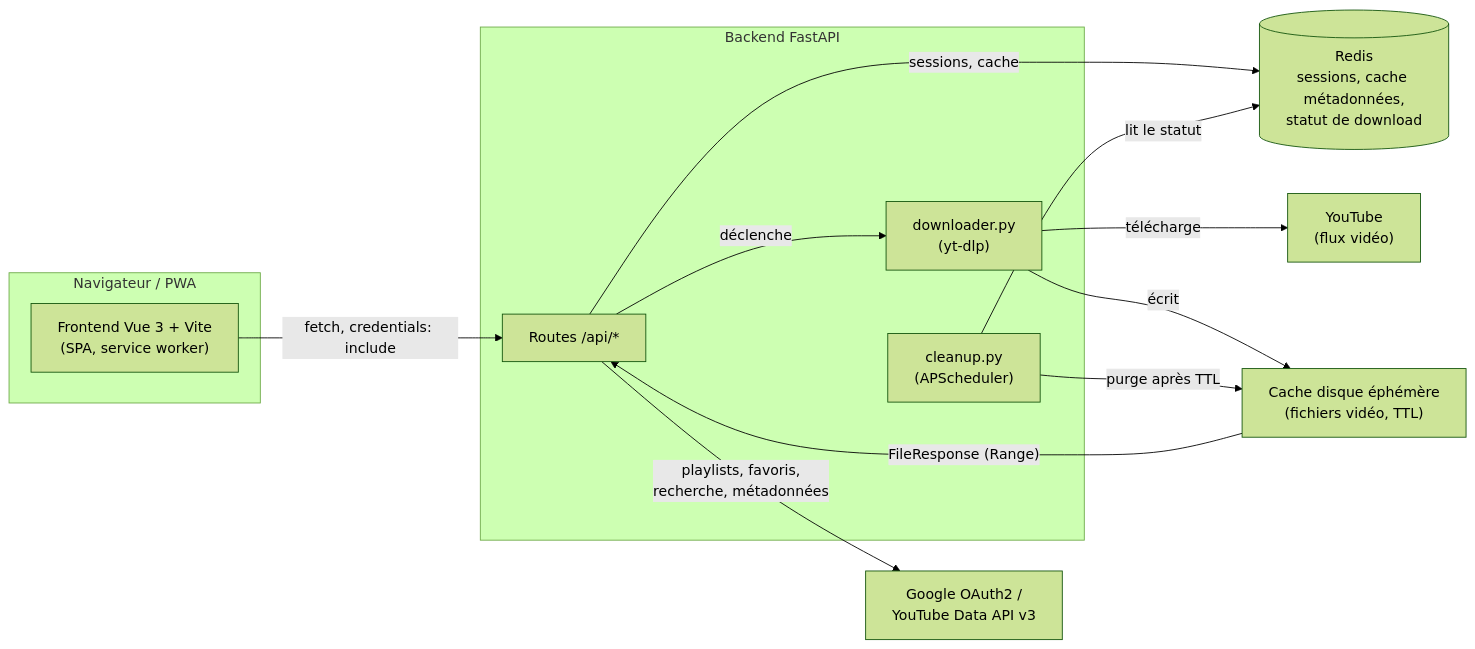
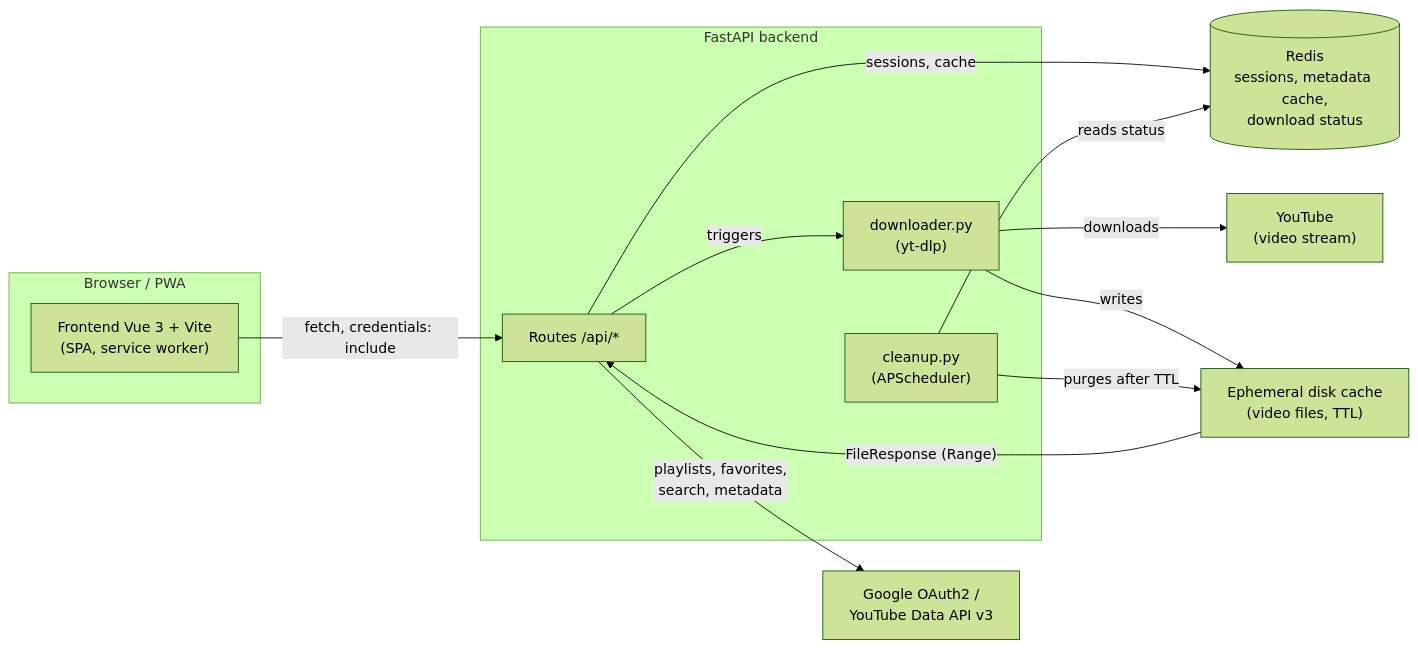
Before and after one commit to wardensfx/OuyouyouTube: the first of 3 diagrams in README.md, drawn with Mermaid (forest theme). The commit also changed other lines of this file and 7 other files, not shown here.

````diff
--- a/README.md
+++ b/README.md
@@ -52,27 +51,27 @@
 ```mermaid
 flowchart LR
-    subgraph Client["Navigateur / PWA"]
+    subgraph Client["Browser / PWA"]
         FE["Frontend Vue 3 + Vite\n(SPA, service worker)"]
     end
 
-    subgraph Server["Backend FastAPI"]
+    subgraph Server["FastAPI backend"]
         API["Routes /api/*"]
         DL["downloader.py\n(yt-dlp)"]
         Cleanup["cleanup.py\n(APScheduler)"]
     end
 
-    Redis[("Redis\nsessions, cache métadonnées,\nstatut de download")]
-    Cache["Cache disque éphémère\n(fichiers vidéo, TTL)"]
+    Redis[("Redis\nsessions, metadata cache,\ndownload status")]
+    Cache["Ephemeral disk cache\n(video files, TTL)"]
     Google["Google OAuth2 /\nYouTube Data API v3"]
-    YouTube["YouTube\n(flux vidéo)"]
+    YouTube["YouTube\n(video stream)"]
 
     FE -- "fetch, credentials: include" --> API
     API -- "sessions, cache" --> Redis
-    API -- "playlists, favoris,\nrecherche, métadonnées" --> Google
-    API -- "déclenche" --> DL
-    DL -- "télécharge" --> YouTube
-    DL -- "écrit" --> Cache
+    API -- "playlists, favorites,\nsearch, metadata" --> Google
+    API -- "triggers" --> DL
+    DL -- "downloads" --> YouTube
+    DL -- "writes" --> Cache
     Cache -- "FileResponse (Range)" --> API
-    Cleanup -- "purge après TTL" --> Cache
-    Cleanup -- "lit le statut" --> Redis
+    Cleanup -- "purges after TTL" --> Cache
+    Cleanup -- "reads status" --> Redis
 ```
````
